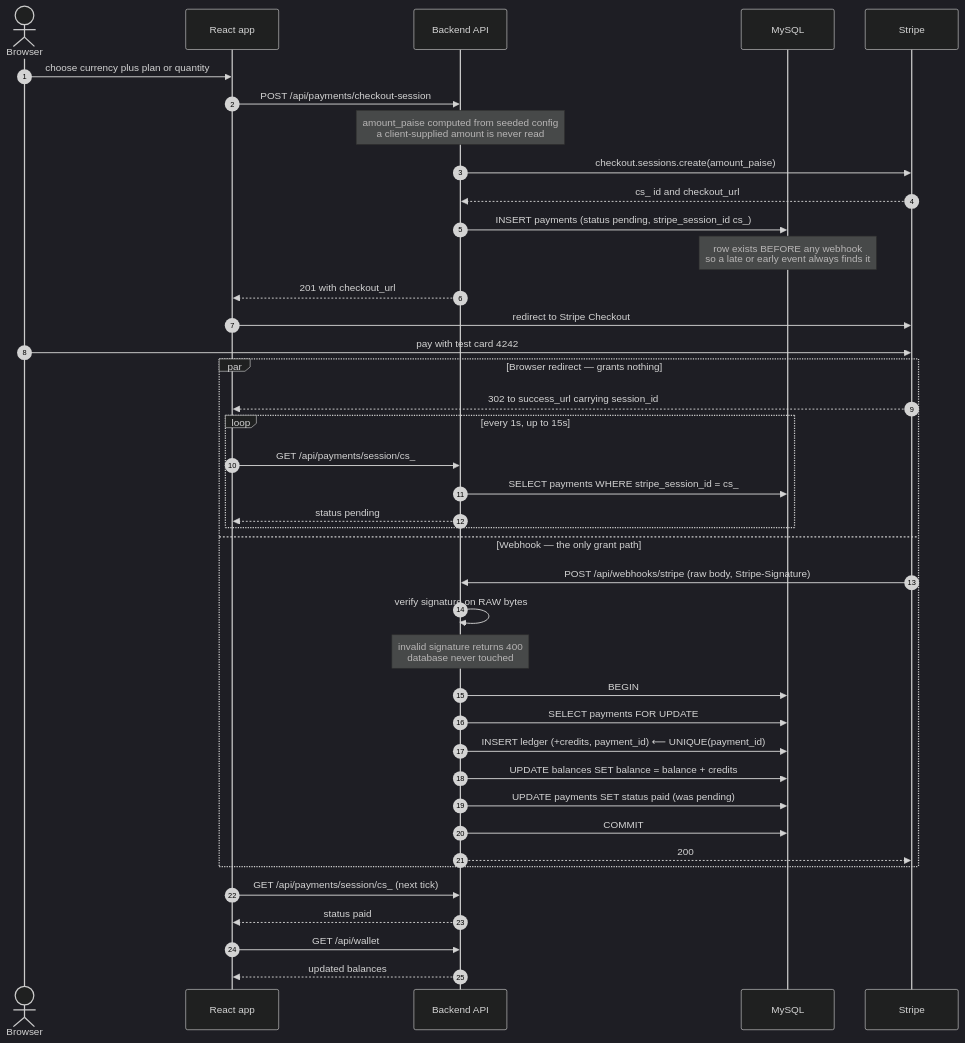
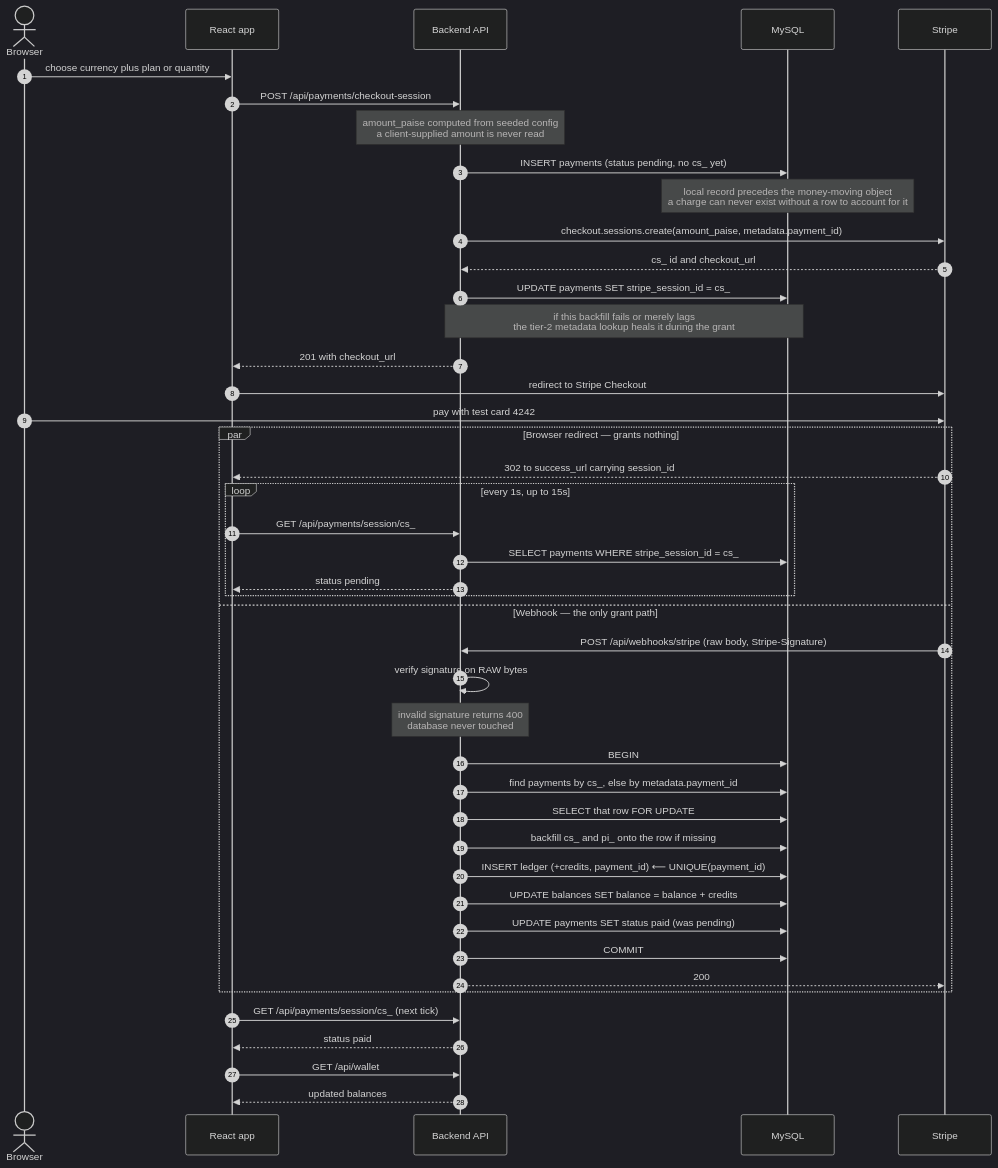
Before and after one commit to point8290/InfluencerPlatform: the first of 4 diagrams in docs/API.md, drawn with Mermaid (dark theme). The commit also changed other lines of this file and 62 other files, not shown here.

````diff
--- a/docs/API.md
+++ b/docs/API.md
@@ -37,45 +37,49 @@
 ```mermaid
 sequenceDiagram
     autonumber
     actor U as Browser
     participant FE as React app
     participant API as Backend API
     participant DB as MySQL
     participant S as Stripe
 
     U->>FE: choose currency plus plan or quantity
     FE->>API: POST /api/payments/checkout-session
     Note over API: amount_paise computed from seeded config<br/>a client-supplied amount is never read
-    API->>S: checkout.sessions.create(amount_paise)
+    API->>DB: INSERT payments (status pending, no cs_ yet)
+    Note over DB: local record precedes the money-moving object<br/>a charge can never exist without a row to account for it
+    API->>S: checkout.sessions.create(amount_paise, metadata.payment_id)
     S-->>API: cs_ id and checkout_url
-    API->>DB: INSERT payments (status pending, stripe_session_id cs_)
-    Note over DB: row exists BEFORE any webhook<br/>so a late or early event always finds it
+    API->>DB: UPDATE payments SET stripe_session_id = cs_
+    Note over API,DB: if this backfill fails or merely lags<br/>the tier-2 metadata lookup heals it during the grant
     API-->>FE: 201 with checkout_url
     FE->>S: redirect to Stripe Checkout
     U->>S: pay with test card 4242
 
     par Browser redirect — grants nothing
         S-->>FE: 302 to success_url carrying session_id
         loop every 1s, up to 15s
             FE->>API: GET /api/payments/session/cs_
             API->>DB: SELECT payments WHERE stripe_session_id = cs_
             API-->>FE: status pending
         end
     and Webhook — the only grant path
         S->>API: POST /api/webhooks/stripe (raw body, Stripe-Signature)
         API->>API: verify signature on RAW bytes
         Note over API: invalid signature returns 400<br/>database never touched
         API->>DB: BEGIN
-        API->>DB: SELECT payments FOR UPDATE
+        API->>DB: find payments by cs_, else by metadata.payment_id
+        API->>DB: SELECT that row FOR UPDATE
+        API->>DB: backfill cs_ and pi_ onto the row if missing
         API->>DB: INSERT ledger (+credits, payment_id) ⟵ UNIQUE(payment_id)
         API->>DB: UPDATE balances SET balance = balance + credits
         API->>DB: UPDATE payments SET status paid (was pending)
         API->>DB: COMMIT
         API-->>S: 200
     end
 
     FE->>API: GET /api/payments/session/cs_ (next tick)
     API-->>FE: status paid
     FE->>API: GET /api/wallet
     API-->>FE: updated balances
 ```
````
